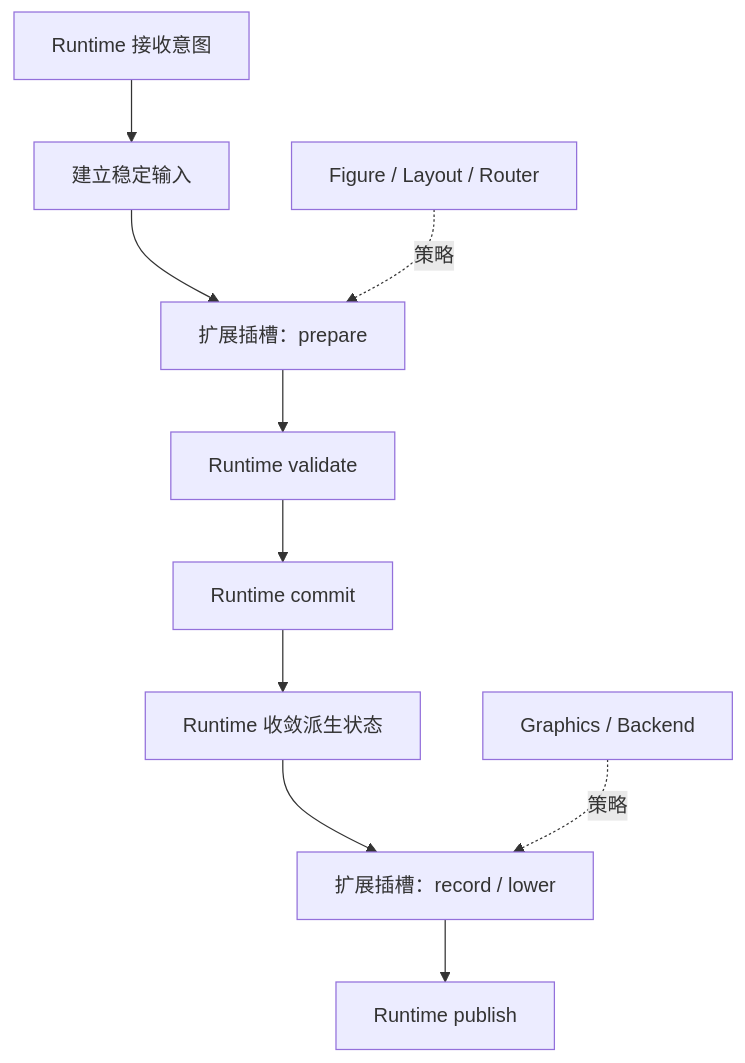
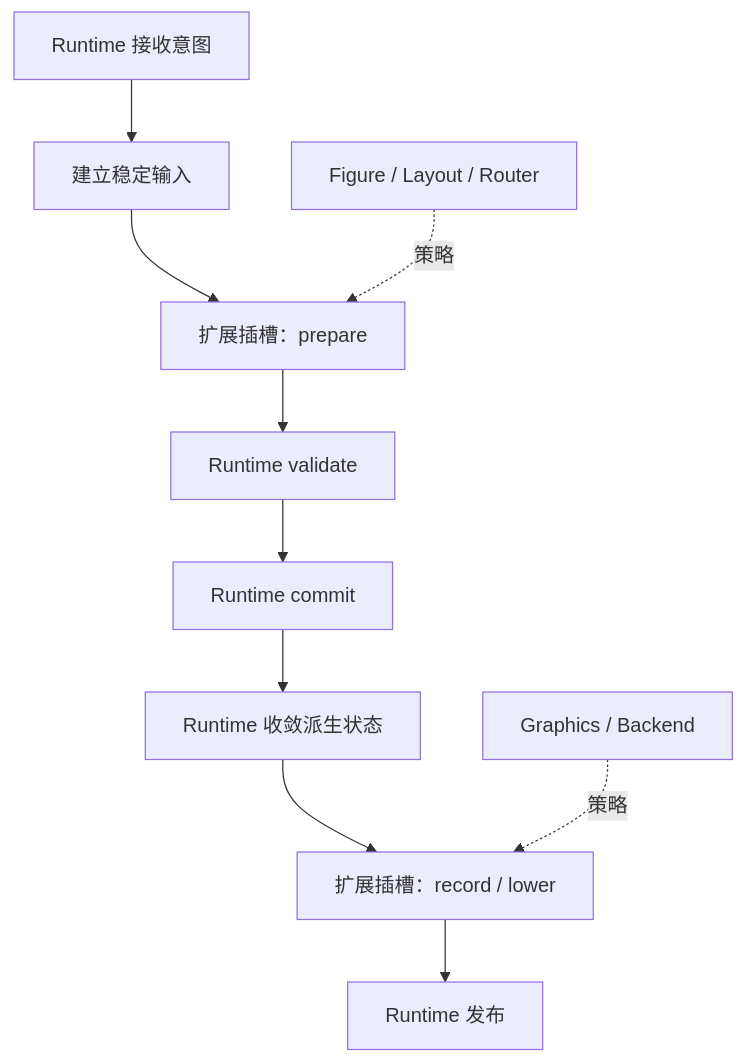
The first of 2 diagrams in engine/wasm_rust/novadraw/book/internals/src/03-pipeline-and-extension.md (yezhang/novadraw), drawn with Mermaid before and after one commit. The commit also changed other lines of this file and 25 other files, not shown here.

````diff
--- a/engine/wasm_rust/novadraw/book/internals/src/03-pipeline-and-extension.md
+++ b/engine/wasm_rust/novadraw/book/internals/src/03-pipeline-and-extension.md
@@ -38,13 +38,13 @@
 ```mermaid
 flowchart TD
     Enter[Runtime 接收意图] --> Snapshot[建立稳定输入]
     Snapshot --> SlotA[扩展插槽：prepare]
     SlotA --> Validate[Runtime validate]
     Validate --> Commit[Runtime commit]
     Commit --> Stabilize[Runtime 收敛派生状态]
     Stabilize --> SlotB[扩展插槽：record / lower]
-    SlotB --> Publish[Runtime publish]
+    SlotB --> Publish[Runtime 发布]
 
     StyleA[Figure / Layout / Router] -.策略.-> SlotA
     StyleB[Graphics / Backend] -.策略.-> SlotB
 ```
````
